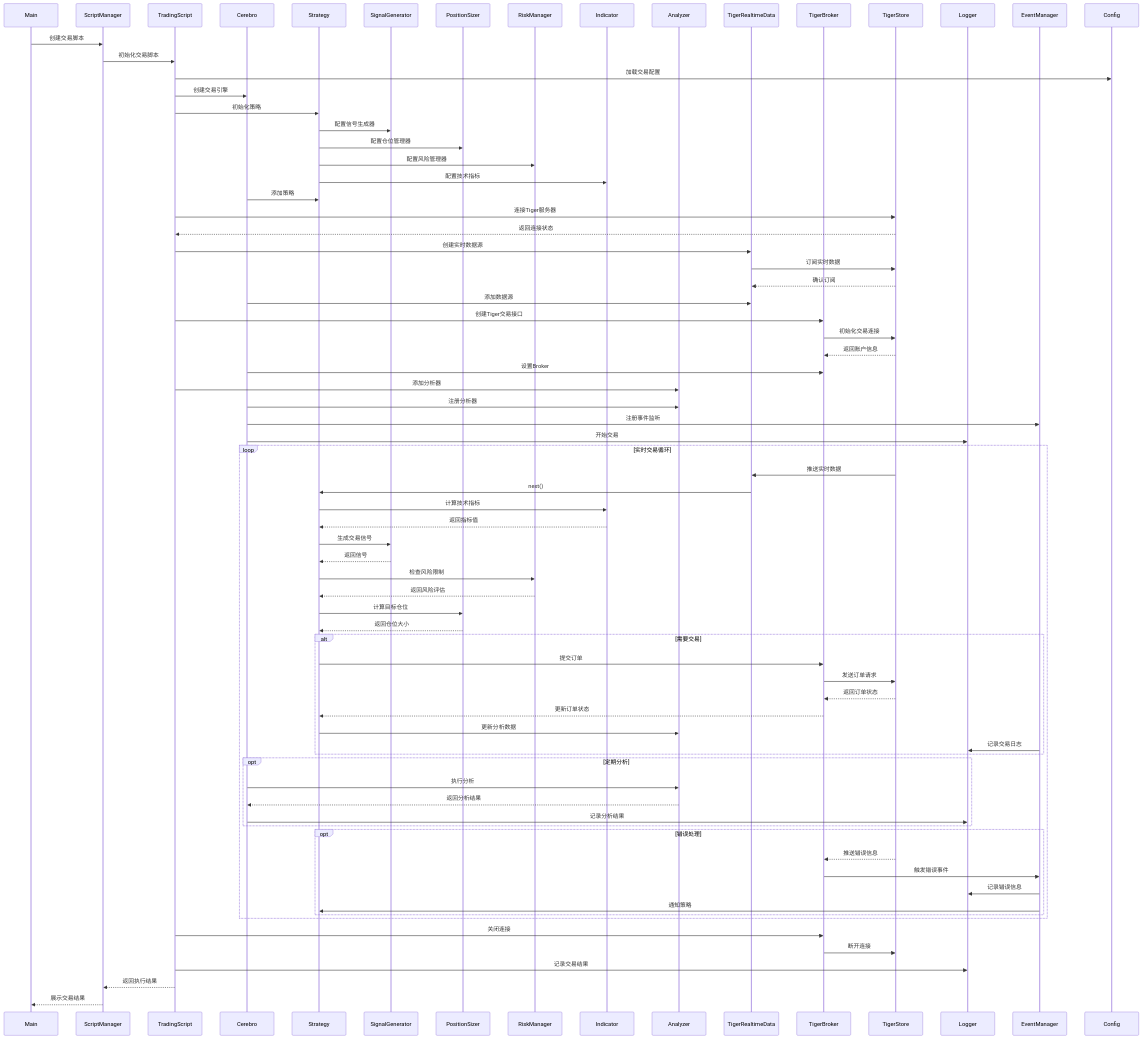
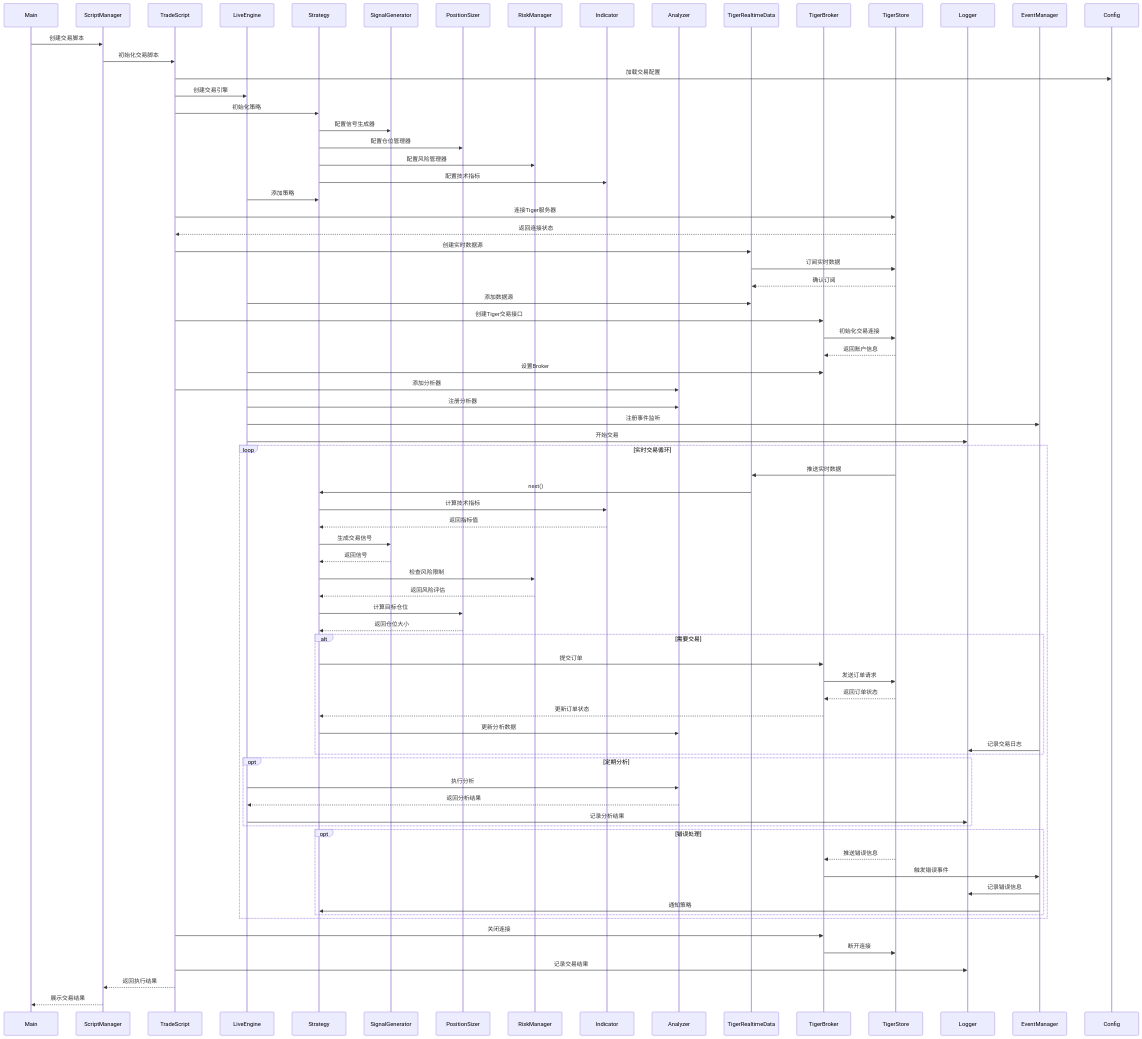
Before and after one commit to xinlee0113/nine_turn_strategy: the fourth of 5 diagrams in architecture_diagram.md, drawn with Mermaid. The commit also changed other lines of this file, not shown here.

Commit message:
文档优化

````diff
--- a/architecture_diagram.md
+++ b/architecture_diagram.md
@@ -443,8 +443,8 @@
 sequenceDiagram
     participant Main
     participant ScriptManager
-    participant TradingScript
-    participant Cerebro
+    participant TradeScript
+    participant LiveEngine
     participant Strategy
     participant SignalGenerator
     participant PositionSizer
@@ -459,29 +459,29 @@
     participant Config
 
     Main->>ScriptManager: 创建交易脚本
-    ScriptManager->>TradingScript: 初始化交易脚本
-    TradingScript->>Config: 加载交易配置
-    TradingScript->>Cerebro: 创建交易引擎
-    TradingScript->>Strategy: 初始化策略
+    ScriptManager->>TradeScript: 初始化交易脚本
+    TradeScript->>Config: 加载交易配置
+    TradeScript->>LiveEngine: 创建交易引擎
+    TradeScript->>Strategy: 初始化策略
     Strategy->>SignalGenerator: 配置信号生成器
     Strategy->>PositionSizer: 配置仓位管理器
     Strategy->>RiskManager: 配置风险管理器
     Strategy->>Indicator: 配置技术指标
-    Cerebro->>Strategy: 添加策略
-    TradingScript->>TigerStore: 连接Tiger服务器
-    TigerStore-->>TradingScript: 返回连接状态
-    TradingScript->>TigerRealtimeData: 创建实时数据源
+    LiveEngine->>Strategy: 添加策略
+    TradeScript->>TigerStore: 连接Tiger服务器
+    TigerStore-->>TradeScript: 返回连接状态
+    TradeScript->>TigerRealtimeData: 创建实时数据源
     TigerRealtimeData->>TigerStore: 订阅实时数据
     TigerStore-->>TigerRealtimeData: 确认订阅
-    Cerebro->>TigerRealtimeData: 添加数据源
-    TradingScript->>TigerBroker: 创建Tiger交易接口
+    LiveEngine->>TigerRealtimeData: 添加数据源
+    TradeScript->>TigerBroker: 创建Tiger交易接口
     TigerBroker->>TigerStore: 初始化交易连接
     TigerStore-->>TigerBroker: 返回账户信息
-    Cerebro->>TigerBroker: 设置Broker
-    TradingScript->>Analyzer: 添加分析器
-    Cerebro->>Analyzer: 注册分析器
-    Cerebro->>EventManager: 注册事件监听
-    Cerebro->>Logger: 开始交易
+    LiveEngine->>TigerBroker: 设置Broker
+    TradeScript->>Analyzer: 添加分析器
+    LiveEngine->>Analyzer: 注册分析器
+    LiveEngine->>EventManager: 注册事件监听
+    LiveEngine->>Logger: 开始交易
 
     loop 实时交易循环
         TigerStore->>TigerRealtimeData: 推送实时数据
@@ -505,9 +505,9 @@
         end
 
         opt 定期分析
-            Cerebro->>Analyzer: 执行分析
-            Analyzer-->>Cerebro: 返回分析结果
-            Cerebro->>Logger: 记录分析结果
+            LiveEngine->>Analyzer: 执行分析
+            Analyzer-->>LiveEngine: 返回分析结果
+            LiveEngine->>Logger: 记录分析结果
         end
 
         opt 错误处理
@@ -518,9 +518,9 @@
         end
     end
 
-    TradingScript->>TigerBroker: 关闭连接
+    TradeScript->>TigerBroker: 关闭连接
     TigerBroker->>TigerStore: 断开连接
-    TradingScript->>Logger: 记录交易结果
-    TradingScript-->>ScriptManager: 返回执行结果
+    TradeScript->>Logger: 记录交易结果
+    TradeScript-->>ScriptManager: 返回执行结果
     ScriptManager-->>Main: 展示交易结果
 ```
````
